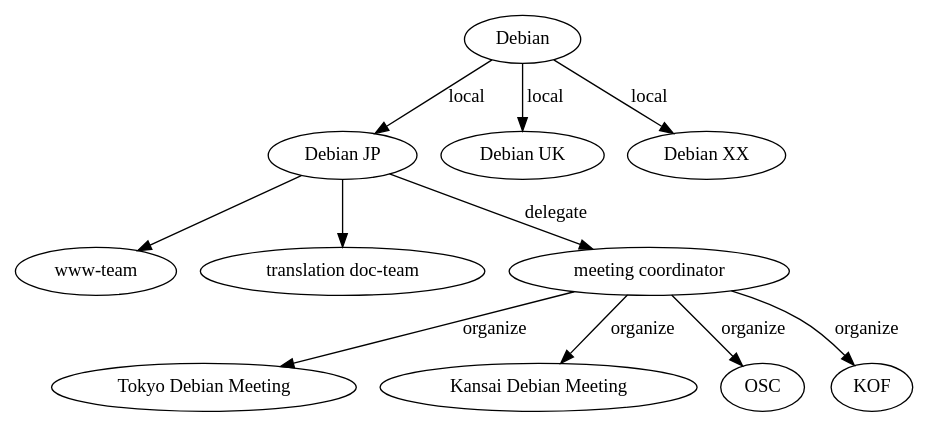
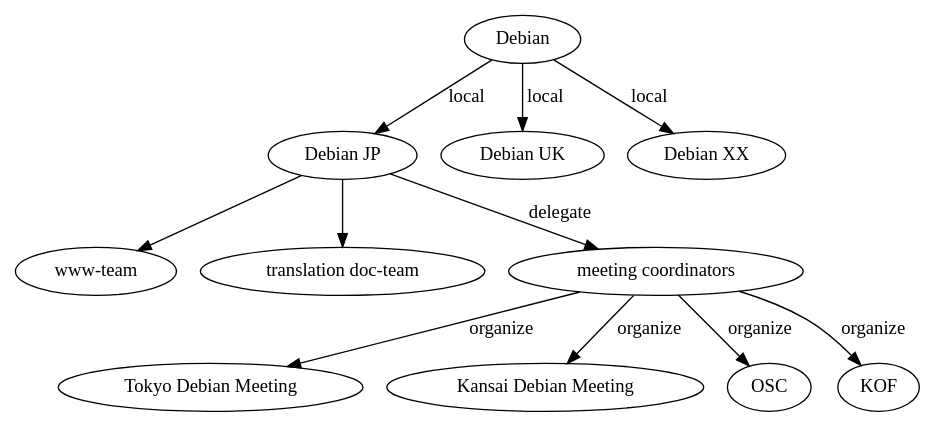
Before and after one commit to dancerj/monthly-report: the diagram in image200610/debianstructure.dot, drawn with Graphviz. The commit also changed 1 other file, not shown here.

Commit message:
change coordinator->coordinators

```diff
--- a/image200610/debianstructure.dot
+++ b/image200610/debianstructure.dot
@@ -1,13 +1,13 @@
-//dot -T ps < debianstructure.dot > debianstructure.eps
+// (shell-command "dot -T ps < debianstructure.dot > debianstructure.eps")
 digraph structure {
 "Debian" -> "Debian JP" [label="local"];
 "Debian" -> "Debian UK" [label="local"];
 "Debian" -> "Debian XX" [label="local"];
 "Debian JP" -> "www-team" [label=""];
 "Debian JP" -> "translation doc-team" [label=""];
-"Debian JP" -> "meeting coordinator" [label="delegate"];
-"meeting coordinator" -> "Tokyo Debian Meeting" [label="organize"];
-"meeting coordinator" -> "Kansai Debian Meeting" [label="organize"];
-"meeting coordinator" -> "OSC" [label="organize"];
-"meeting coordinator" -> "KOF" [label="organize"];
+"Debian JP" -> "meeting coordinators" [label="delegate"];
+"meeting coordinators" -> "Tokyo Debian Meeting" [label="organize"];
+"meeting coordinators" -> "Kansai Debian Meeting" [label="organize"];
+"meeting coordinators" -> "OSC" [label="organize"];
+"meeting coordinators" -> "KOF" [label="organize"];
 }
```
